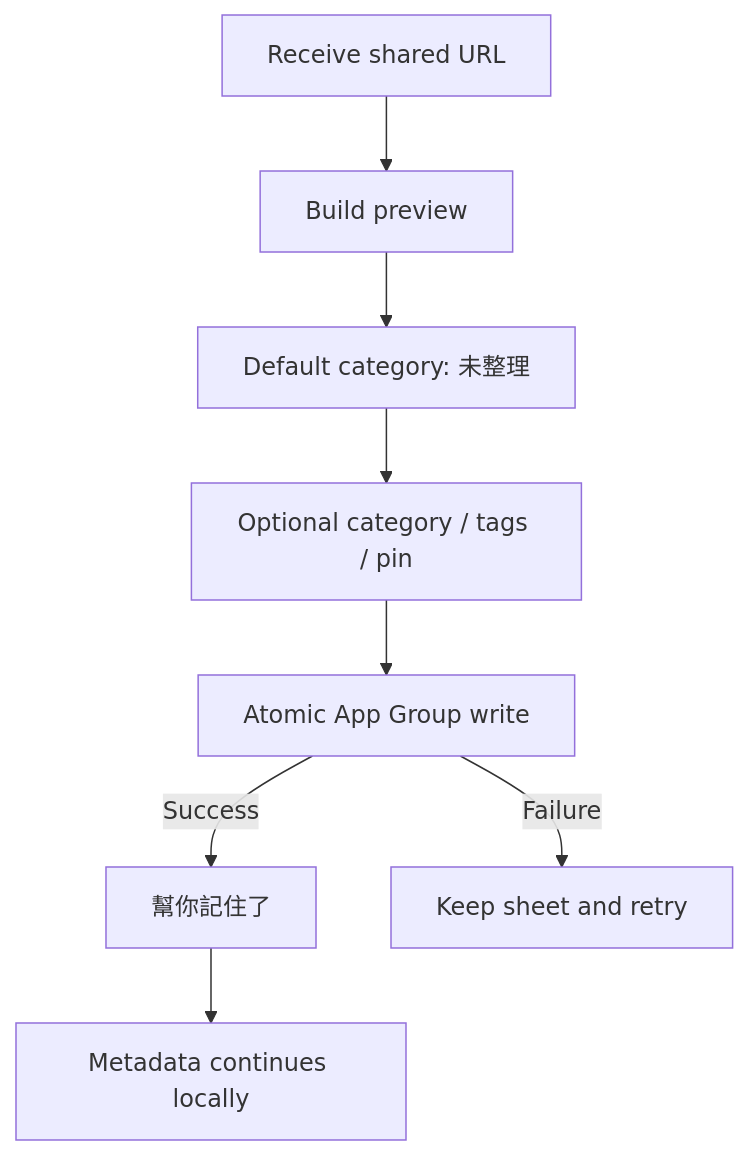
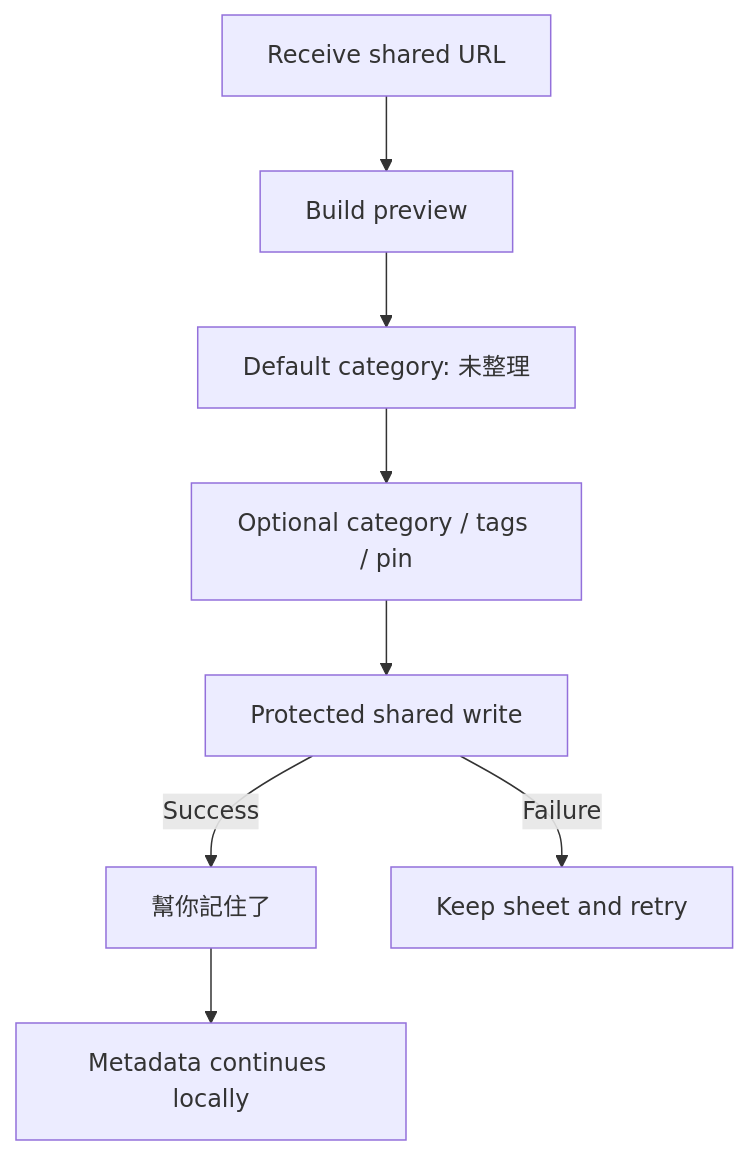
Before and after one commit to mumuworks/dengdengkan: the second of 2 diagrams in docs/等等看_Developer_Handoff_v1.0.md, drawn with Mermaid. The commit also changed other lines of this file and 6 other files, not shown here.

````diff
--- a/docs/等等看_Developer_Handoff_v1.0.md
+++ b/docs/等等看_Developer_Handoff_v1.0.md
@@ -436,10 +472,10 @@
 ```mermaid
 flowchart TD
     A["Receive shared URL"] --> B["Build preview"]
     B --> C["Default category: 未整理"]
     C --> D["Optional category / tags / pin"]
-    D --> E["Atomic App Group write"]
+    D --> E["Protected shared write"]
     E -->|Success| F["幫你記住了"]
     E -->|Failure| G["Keep sheet and retry"]
     F --> H["Metadata continues locally"]
 ```
````
